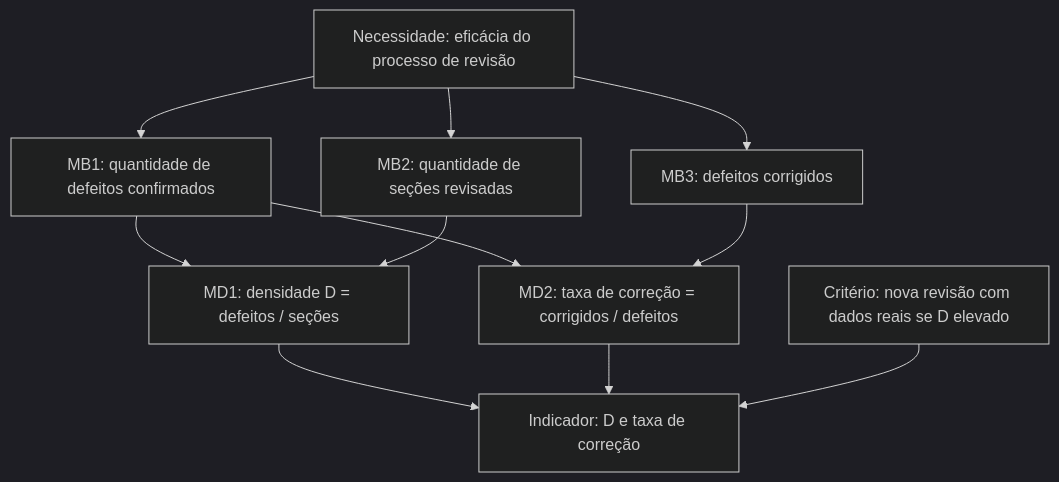
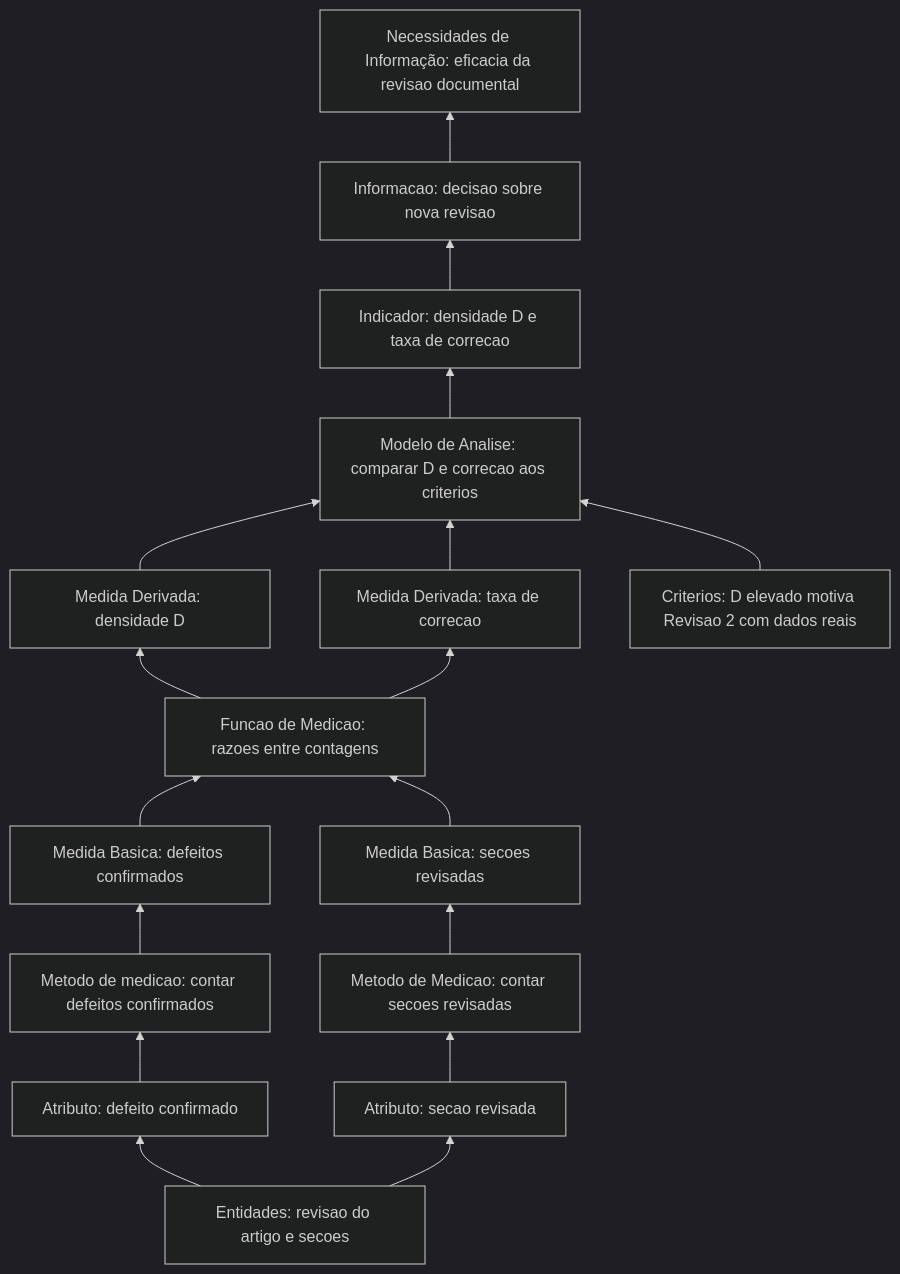
Before and after one commit to FCTE-Qualidade-de-Software-1/2026-2_T01_BETTY_SNYDER: the first of 2 diagrams in docs/gestao-psm/desempenho-dos-processos.md, drawn with Mermaid (dark theme). The commit also changed other lines of this file and 5 other files, not shown here.

````diff
--- a/docs/gestao-psm/desempenho-dos-processos.md
+++ b/docs/gestao-psm/desempenho-dos-processos.md
@@ -50,21 +28,34 @@
 ```mermaid
-flowchart TB
-  needA["Necessidade: eficácia do processo de revisão"]
-  def["MB1: quantidade de defeitos confirmados"]
-  sec["MB2: quantidade de seções revisadas"]
-  corrN["MB3: defeitos corrigidos"]
-  dens["MD1: densidade D = defeitos / seções"]
-  taxa["MD2: taxa de correção = corrigidos / defeitos"]
-  ind["Indicador: D e taxa de correção"]
-  crit["Critério: nova revisão com dados reais se D elevado"]
-  needA --> def
-  needA --> sec
-  needA --> corrN
-  def --> dens
-  sec --> dens
-  def --> taxa
-  corrN --> taxa
-  dens --> ind
-  taxa --> ind
-  crit --> ind
+flowchart BT
+  need["Necessidades de Informação: eficacia da revisao documental"]
+  info["Informacao: decisao sobre nova revisao"]
+  ind["Indicador: densidade D e taxa de correcao"]
+  analise["Modelo de Analise: comparar D e correcao aos criterios"]
+  crit["Criterios: D elevado motiva Revisao 2 com dados reais"]
+  md1["Medida Derivada: densidade D"]
+  md2["Medida Derivada: taxa de correcao"]
+  func["Funcao de Medicao: razoes entre contagens"]
+  mb1["Medida Basica: defeitos confirmados"]
+  mb2["Medida Basica: secoes revisadas"]
+  met1["Metodo de medicao: contar defeitos confirmados"]
+  met2["Metodo de Medicao: contar secoes revisadas"]
+  attr1["Atributo: defeito confirmado"]
+  attr2["Atributo: secao revisada"]
+  ent["Entidades: revisao do artigo e secoes"]
+  ent --> attr1
+  ent --> attr2
+  attr1 --> met1
+  attr2 --> met2
+  met1 --> mb1
+  met2 --> mb2
+  mb1 --> func
+  mb2 --> func
+  func --> md1
+  func --> md2
+  md1 --> analise
+  md2 --> analise
+  crit --> analise
+  analise --> ind
+  ind --> info
+  info --> need
 ```
````
